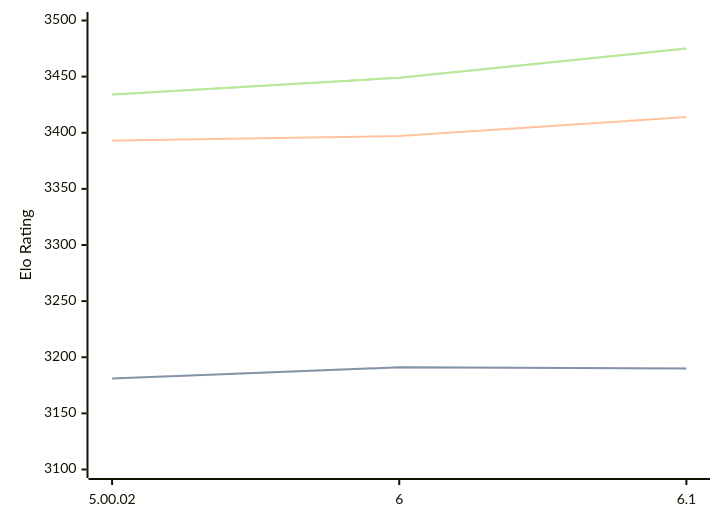
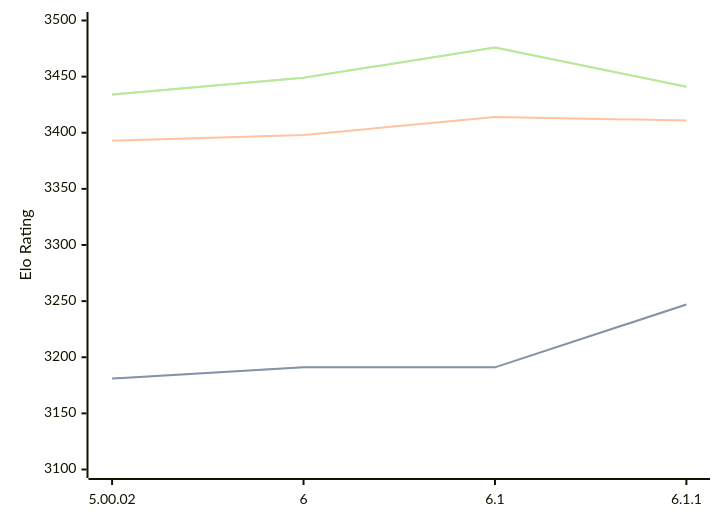
One commit to computer-chess-index/cci changed the diagram in engines/Zangdar.md. Above: the diagram before and after it, drawn with Mermaid. The commit also changed other lines of this file, not shown here.

Commit message:
Update CCI Ratings (ELO VLTC) - 2026-02-26

````diff
--- a/engines/Zangdar.md
+++ b/engines/Zangdar.md
@@ -43,11 +44,11 @@
 ```mermaid
 %%{init: {"theme":"base","themeVariables":{"seriesColors:['#a3a3a3','#222221','#faa371']}}}%%
 xychart-beta
-  x-axis ["5.00.02", "6", "6.1"]
+  x-axis ["5.00.02", "6", "6.1", "6.1.1"]
   y-axis "Elo Rating" 3100 --> 3500
-  line "STC (8.0+0.08s)" [3181, 3191, 3190]
-  line "STC (8.0+0.08s)" [3181, 3191, 3190]
-  line "LTC (60.0+0.60s)" [3393, 3397, 3414]
-  line "VLTC (2m24s+1.12s)" [3434, 3449, 3475]
-  line "VLTC (2m24s+1.12s)" [3434, 3449, 3475]
+  line "STC (8.0+0.08s)" [3181, 3191, 3191, 3247]
+  line "STC (8.0+0.08s)" [3181, 3191, 3191, 3247]
+  line "LTC (60.0+0.60s)" [3393, 3398, 3414, 3411]
+  line "VLTC (2m24s+1.12s)" [3434, 3449, 3476, 3441]
+  line "VLTC (2m24s+1.12s)" [3434, 3449, 3476, 3441]
 ```
````
